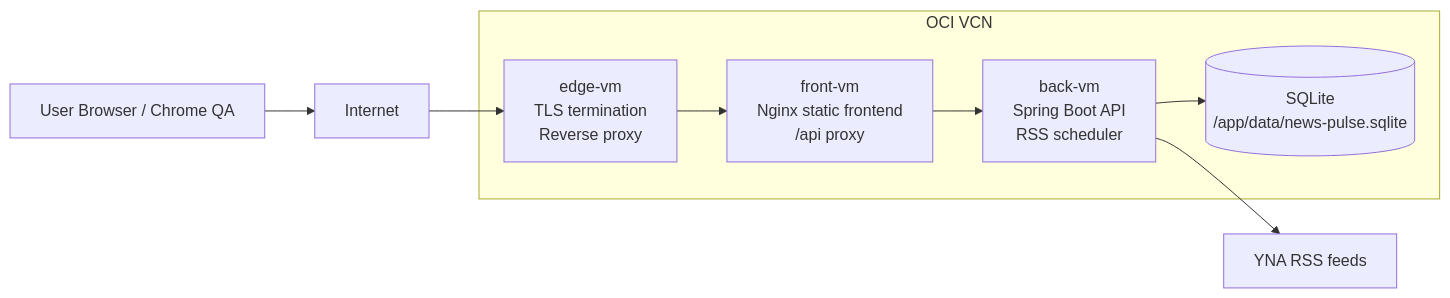
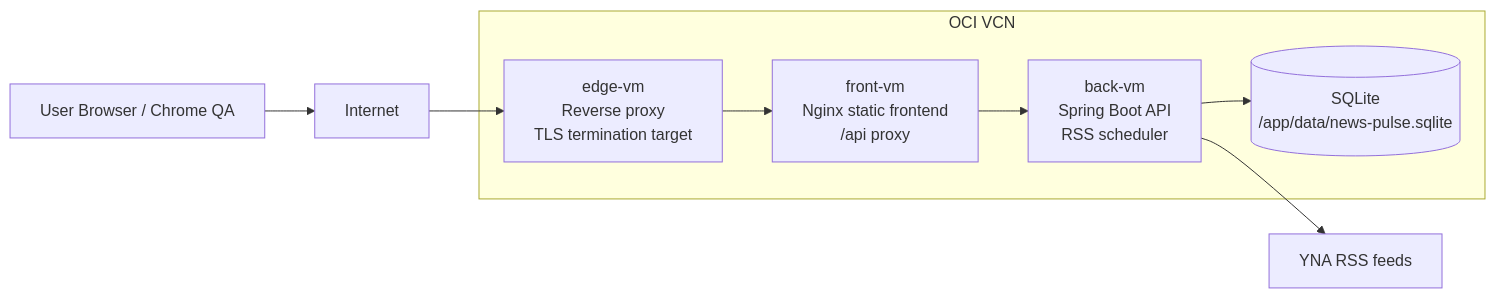
Before and after one commit to JHyun0302/news-pulse: the diagram in new-pulse-docs/05-deployment-oci.md, drawn with Mermaid. The commit also changed other lines of this file and 3 other files, not shown here.

````diff
--- a/new-pulse-docs/05-deployment-oci.md
+++ b/new-pulse-docs/05-deployment-oci.md
@@ -17,16 +30,16 @@
 ```mermaid
 flowchart LR
   User["User Browser / Chrome QA"] --> Internet["Internet"]
-  Internet --> Edge["edge-vm\nTLS termination\nReverse proxy"]
+  Internet --> Edge["edge-vm\nReverse proxy\nTLS termination target"]
   Edge --> Front["front-vm\nNginx static frontend\n/api proxy"]
   Front --> Back["back-vm\nSpring Boot API\nRSS scheduler"]
   Back --> SQLite[("SQLite\n/app/data/news-pulse.sqlite")]
   Back --> RSS["YNA RSS feeds"]
 
   subgraph OCI["OCI VCN"]
     Edge
     Front
     Back
     SQLite
   end
 ```
````
